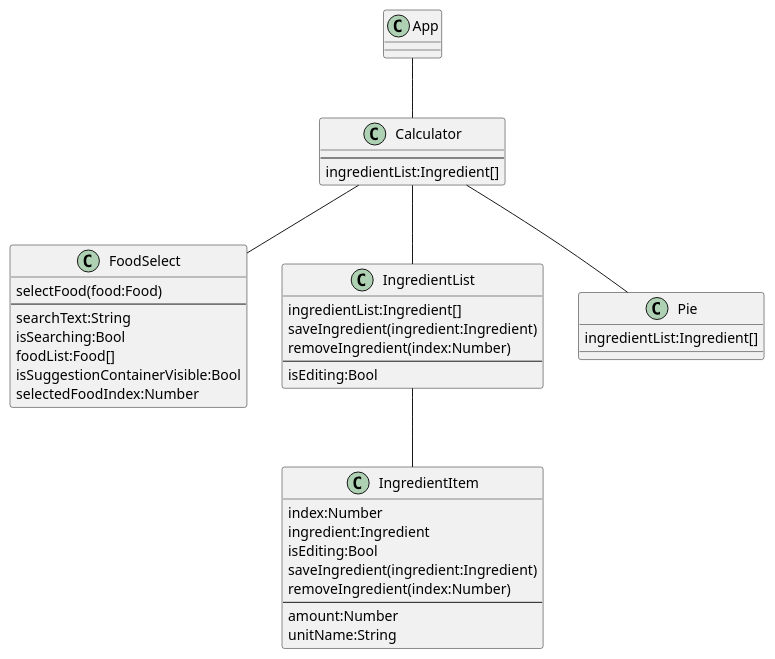
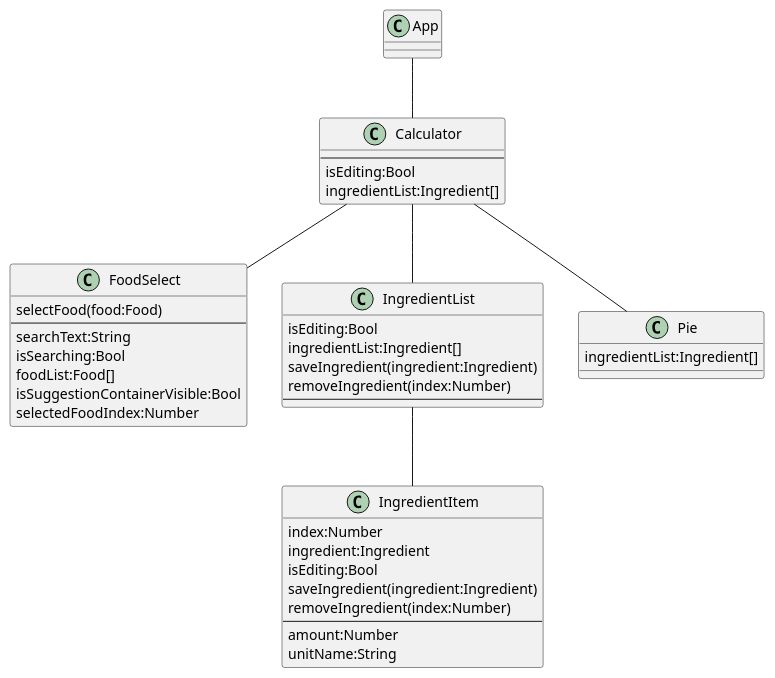
The diagram in docs/App.component.puml (cbarsony/sushi), drawn with PlantUML before and after one commit. The commit also changed 6 other files, not shown here.

```diff
--- a/docs/App.component.puml
+++ b/docs/App.component.puml
@@ -1,51 +1,52 @@
 @startuml
 
 class App
 
 App -- Calculator
 
 class Calculator {
     --
+    isEditing:Bool
     ingredientList:Ingredient[]
 }
 
 Calculator -- FoodSelect
 Calculator -- IngredientList
 Calculator -- Pie
 
 class FoodSelect {
     selectFood(food:Food)
     --
     searchText:String
     isSearching:Bool
     foodList:Food[]
     isSuggestionContainerVisible:Bool
     selectedFoodIndex:Number
 }
 
 class IngredientList {
+    isEditing:Bool
     ingredientList:Ingredient[]
     saveIngredient(ingredient:Ingredient)
     removeIngredient(index:Number)
     --
-    isEditing:Bool
 }
 
 IngredientList -- IngredientItem
 
 class IngredientItem {
     index:Number
     ingredient:Ingredient
     isEditing:Bool
     saveIngredient(ingredient:Ingredient)
     removeIngredient(index:Number)
     --
     amount:Number
     unitName:String
 }
 
 class Pie {
     ingredientList:Ingredient[]
 }
 
 @enduml
```
